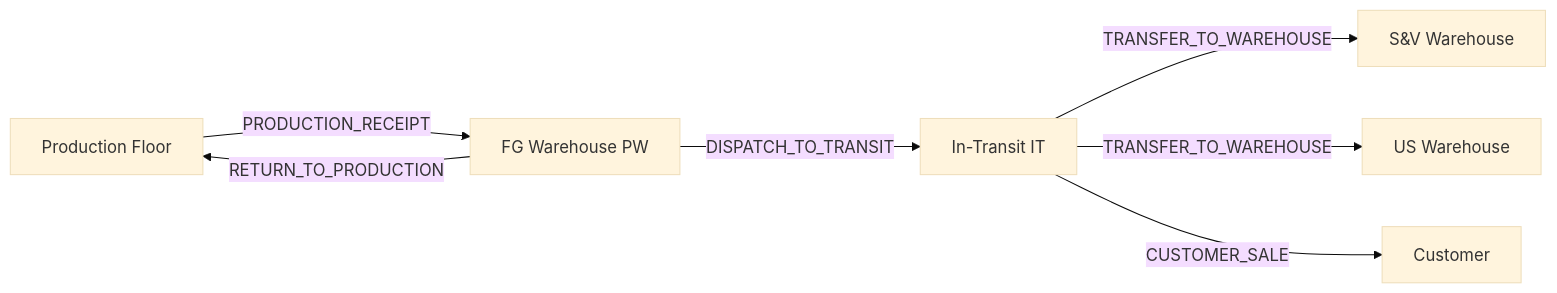
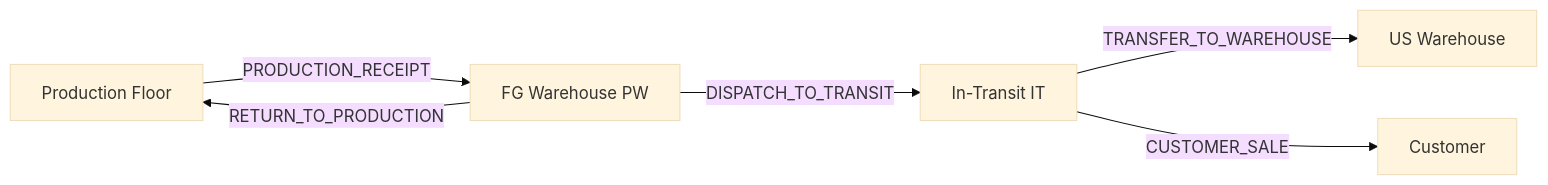
Before and after one commit to AutoCrat-Engineers/WarehouseManagementSystem: the first of 5 diagrams in docs/architecture.md, drawn with Mermaid (base theme). The commit also changed other lines of this file and 21 other files, not shown here.

````diff
--- a/docs/architecture.md
+++ b/docs/architecture.md
@@ -65,9 +67,8 @@
 ```mermaid
 flowchart LR
     A[Production Floor] -->|PRODUCTION_RECEIPT| B[FG Warehouse PW]
     B -->|DISPATCH_TO_TRANSIT| C[In-Transit IT]
-    C -->|TRANSFER_TO_WAREHOUSE| D["S&V Warehouse"]
     C -->|TRANSFER_TO_WAREHOUSE| E[US Warehouse]
     B -->|RETURN_TO_PRODUCTION| A
     C -->|CUSTOMER_SALE| F[Customer]
 ```
````
